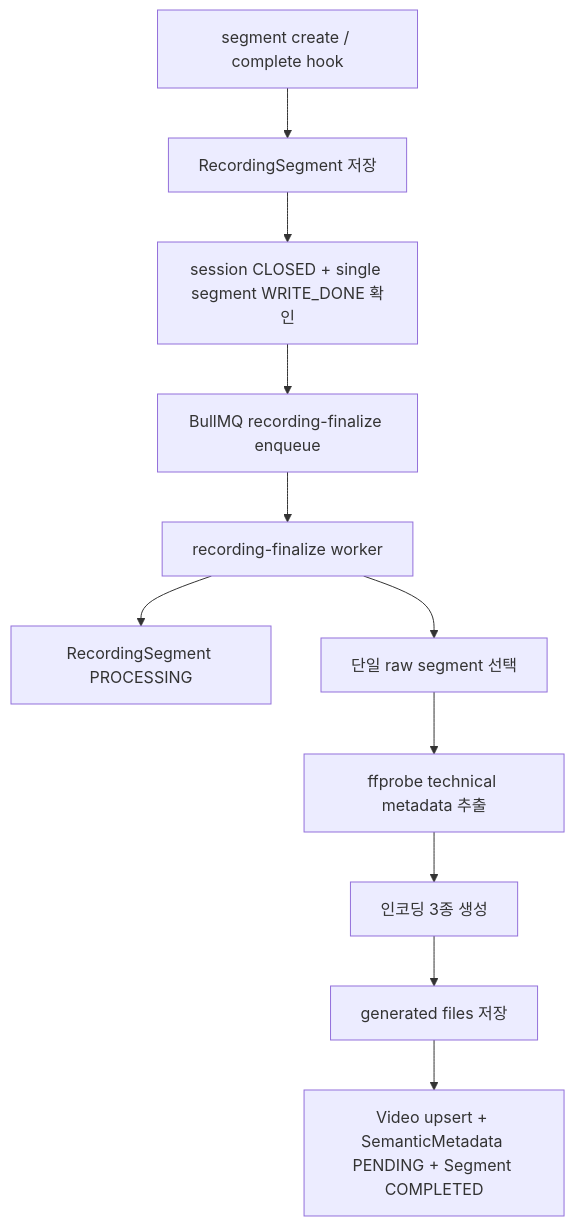
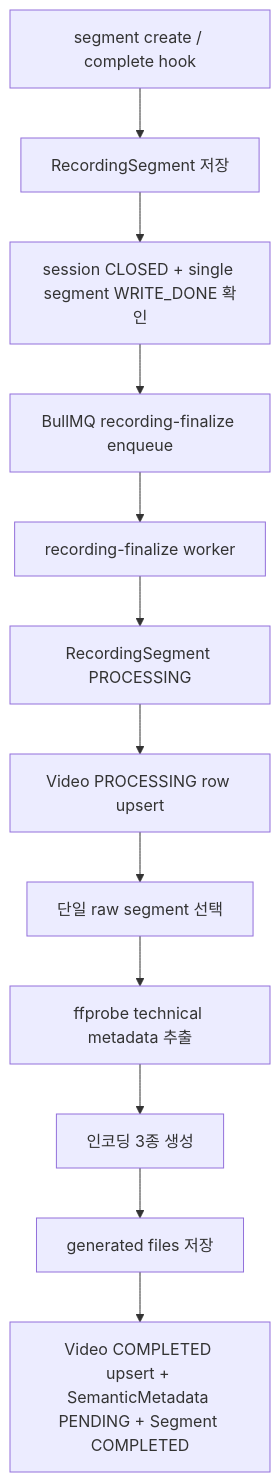
One commit to ego-flow/ego-flow-server changed the first of 2 diagrams in docs/10. project_processing.md. Above: the diagram before and after it, drawn with Mermaid. The commit also changed other lines of this file and 22 other files, not shown here.

Commit message:
track video processing progress

````diff
--- a/docs/10. project_processing.md
+++ b/docs/10. project_processing.md
@@ -9,13 +9,14 @@
 ```mermaid
 flowchart TD
     Hook["segment create / complete hook"] --> Segment["RecordingSegment 저장"]
     Segment --> Check["session CLOSED + single segment WRITE_DONE 확인"]
     Check --> Queue["BullMQ recording-finalize enqueue"]
     Queue --> Worker["recording-finalize worker"]
     Worker --> Claim["RecordingSegment PROCESSING"]
-    Worker --> Merge["단일 raw segment 선택"]
+    Claim --> ProcessingVideo["Video PROCESSING row upsert"]
+    ProcessingVideo --> Merge["단일 raw segment 선택"]
     Merge --> Metadata["ffprobe technical metadata 추출"]
     Metadata --> Encode["인코딩 3종 생성"]
     Encode --> Files["generated files 저장"]
-    Files --> DB["Video upsert + SemanticMetadata PENDING + Segment COMPLETED"]
+    Files --> DB["Video COMPLETED upsert + SemanticMetadata PENDING + Segment COMPLETED"]
 ```
````
